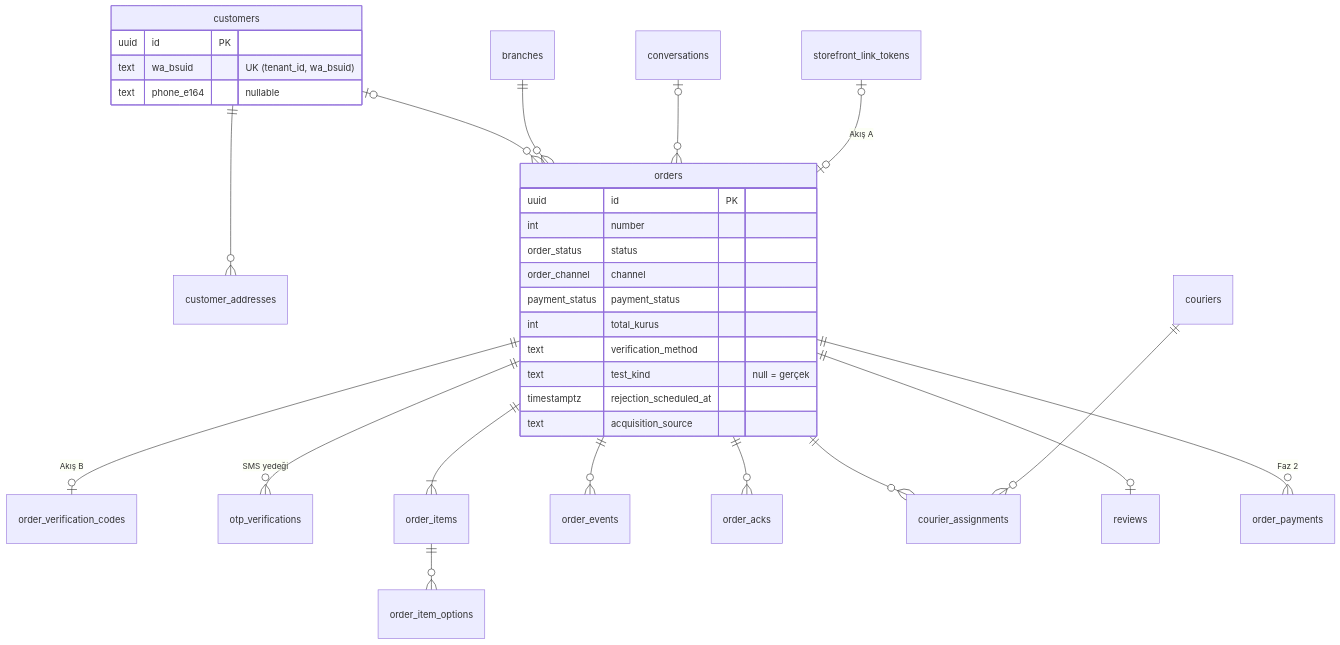
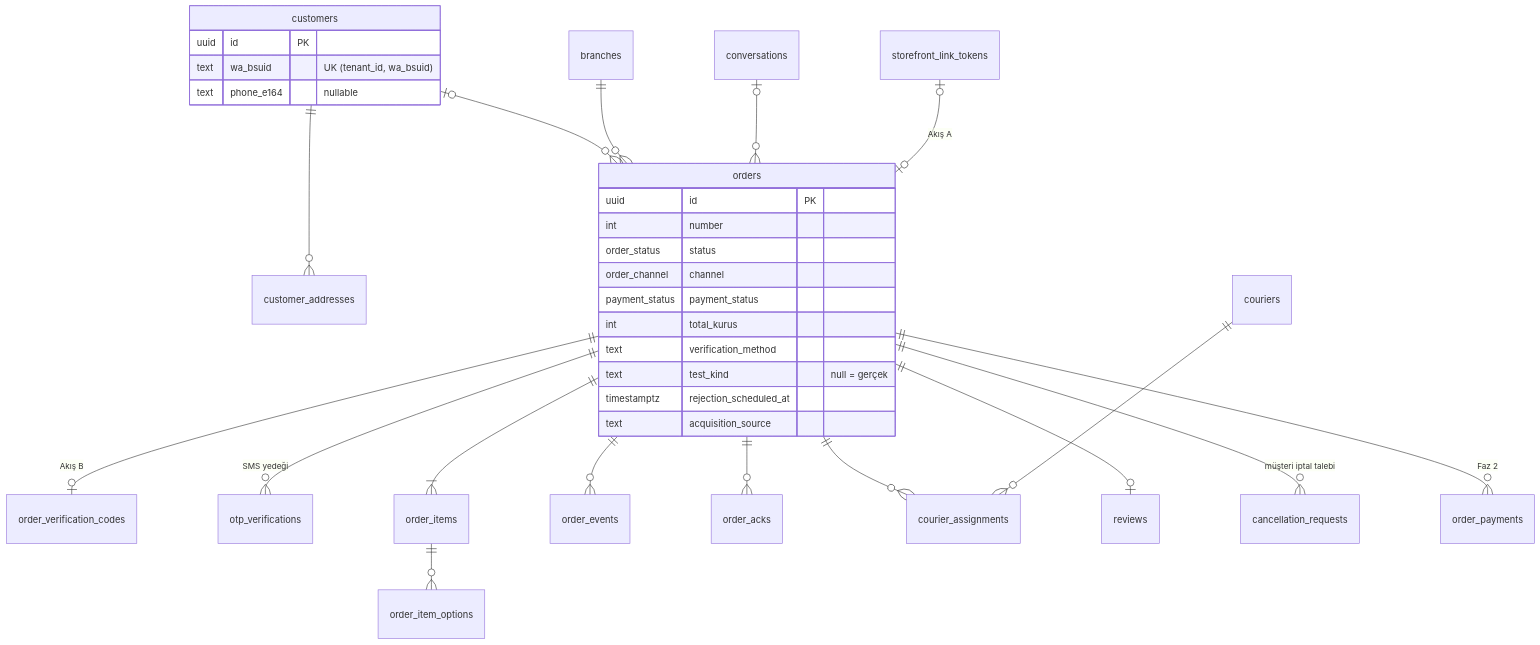
One commit to eraycaylak/siparisinonunde changed the third of 10 diagrams in docs/07-veri-modeli-ve-api.md. Above: the diagram before and after it, drawn with Mermaid. The commit also changed other lines of this file and 4 other files, not shown here.

````diff
--- a/docs/07-veri-modeli-ve-api.md
+++ b/docs/07-veri-modeli-ve-api.md
@@ -180,35 +180,36 @@
 ```mermaid
 erDiagram
   customers ||--o{ customer_addresses : ""
   customers |o--o{ orders : ""
   branches ||--o{ orders : ""
   conversations |o--o{ orders : ""
   storefront_link_tokens |o--o| orders : "Akış A"
   orders ||--o| order_verification_codes : "Akış B"
   orders ||--o{ otp_verifications : "SMS yedeği"
   orders ||--|{ order_items : ""
   order_items ||--o{ order_item_options : ""
   orders ||--o{ order_events : ""
   orders ||--o{ order_acks : ""
   orders ||--o{ courier_assignments : ""
   couriers ||--o{ courier_assignments : ""
   orders ||--o| reviews : ""
+  orders ||--o{ cancellation_requests : "müşteri iptal talebi"
   orders ||--o{ order_payments : "Faz 2"
   customers {
     uuid id PK
     text wa_bsuid "UK (tenant_id, wa_bsuid)"
     text phone_e164 "nullable"
   }
   orders {
     uuid id PK
     int number
     order_status status
     order_channel channel
     payment_status payment_status
     int total_kurus
     text verification_method
     text test_kind "null = gerçek"
     timestamptz rejection_scheduled_at
     text acquisition_source
   }
 ```
````
